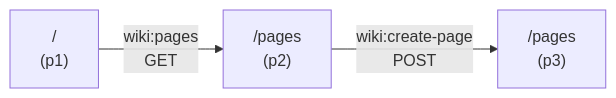
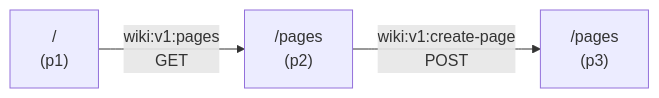
The diagram in README.md (mikekelly/hal-walk), drawn with Mermaid before and after one commit. The commit also changed other lines of this file and 1 other file, not shown here.

First line of the commit message:
Update docs to use versioned relations (wiki:v1:*)

````diff
--- a/README.md
+++ b/README.md
@@ -99,8 +99,8 @@
 ```mermaid
 graph LR
   p1["/\n(p1)"]
   p2["/pages\n(p2)"]
   p3["/pages\n(p3)"]
-  p1 -->|"wiki:pages\nGET"| p2
-  p2 -->|"wiki:create-page\nPOST"| p3
+  p1 -->|"wiki:v1:pages\nGET"| p2
+  p2 -->|"wiki:v1:create-page\nPOST"| p3
 ```
````
